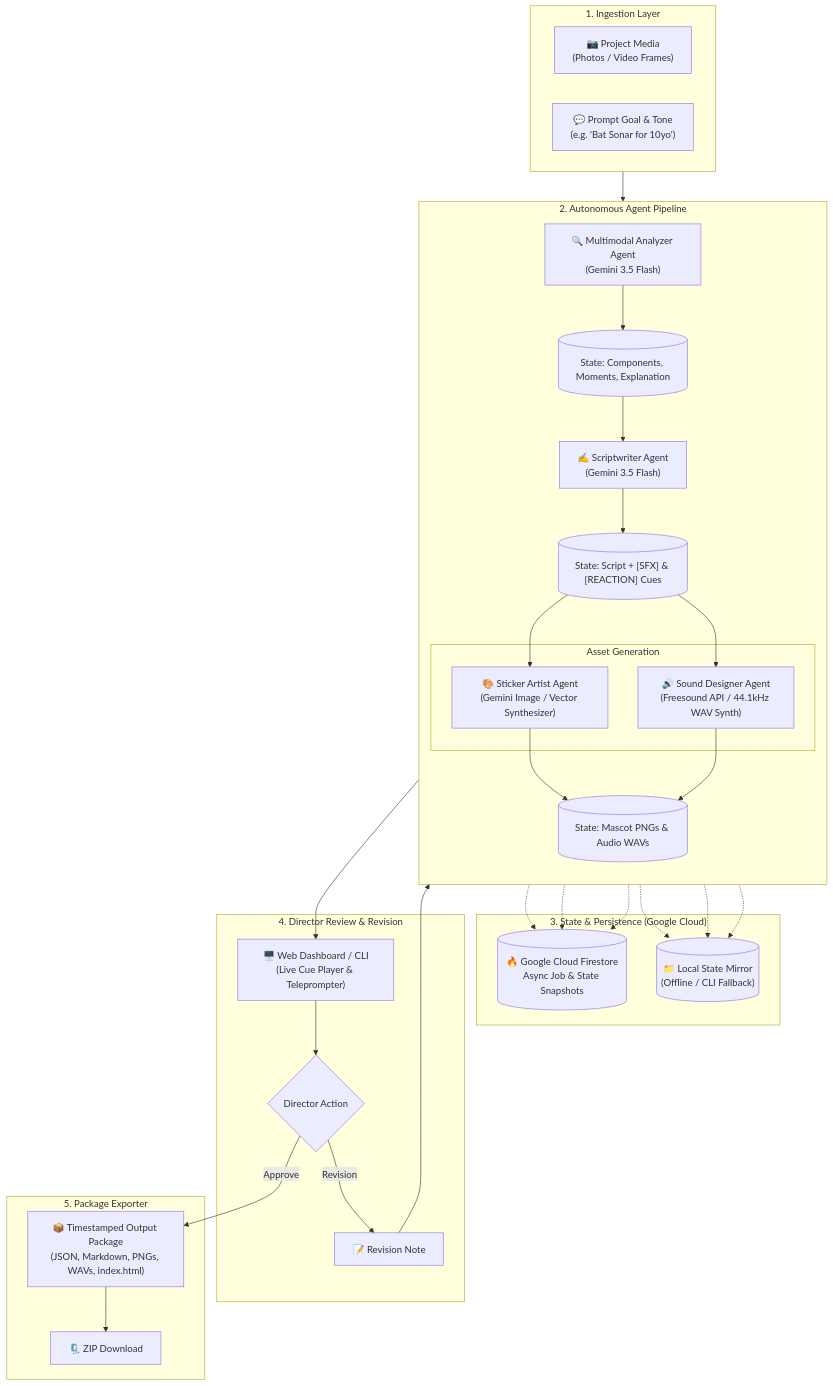
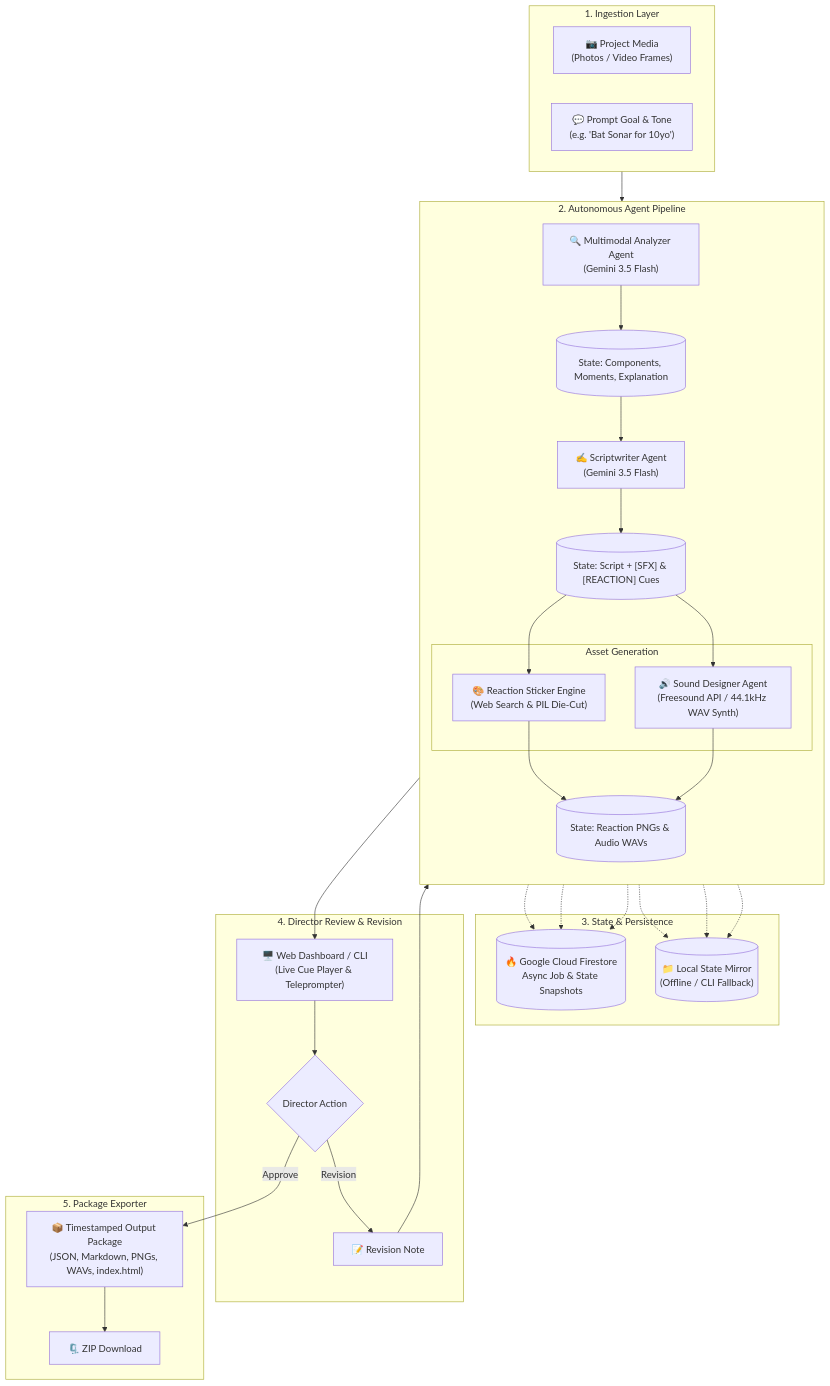
One commit to MaajidJan/agentic-maker-tutorial-studio changed the diagram in ARCHITECTURE.md. Above: the diagram before and after it, drawn with Mermaid. The commit also changed other lines of this file and 18 other files, not shown here.

````diff
--- a/ARCHITECTURE.md
+++ b/ARCHITECTURE.md
@@ -9,54 +9,54 @@
 ```mermaid
 flowchart TD
     subgraph Inputs ["1. Ingestion Layer"]
         Media["📷 Project Media<br/>(Photos / Video Frames)"]
         UserPrompt["💬 Prompt Goal & Tone<br/>(e.g. 'Bat Sonar for 10yo')"]
     end
 
     subgraph AgentPipeline ["2. Autonomous Agent Pipeline"]
         direction TB
         A1["🔍 Multimodal Analyzer Agent<br/>(Gemini 3.5 Flash)"]
         S1[("State: Components, Moments, Explanation")]
         A2["✍️ Scriptwriter Agent<br/>(Gemini 3.5 Flash)"]
         S2[("State: Script + [SFX] & [REACTION] Cues")]
         
         subgraph ParallelGeneration ["Asset Generation"]
-            A3["🎨 Sticker Artist Agent<br/>(Gemini Image / Vector Synthesizer)"]
+            A3["🎨 Reaction Sticker Engine<br/>(Web Search & PIL Die-Cut)"]
             A4["🔊 Sound Designer Agent<br/>(Freesound API / 44.1kHz WAV Synth)"]
         end
         
-        S3[("State: Mascot PNGs & Audio WAVs")]
+        S3[("State: Reaction PNGs & Audio WAVs")]
     end
 
-    subgraph MemoryLayer ["3. State & Persistence (Google Cloud)"]
+    subgraph MemoryLayer ["3. State & Persistence"]
         Firestore[("🔥 Google Cloud Firestore<br/>Async Job & State Snapshots")]
         LocalMirror[("📁 Local State Mirror<br/>(Offline / CLI Fallback)")]
     end
 
     subgraph ReviewLoop ["4. Director Review & Revision"]
         UI["🖥️ Web Dashboard / CLI<br/>(Live Cue Player & Teleprompter)"]
         Approval{"Director Action"}
         RevisionNote["📝 Revision Note"]
     end
 
     subgraph ExportLayer ["5. Package Exporter"]
         Bundle["📦 Timestamped Output Package<br/>(JSON, Markdown, PNGs, WAVs, index.html)"]
         Zip["🗜️ ZIP Download"]
     end
 
     Inputs --> A1
     A1 --> S1
     S1 --> A2
     A2 --> S2
     S2 --> A3 & A4
     A3 & A4 --> S3
     
     S1 -.-> Firestore & LocalMirror
     S2 -.-> Firestore & LocalMirror
     S3 -.-> Firestore & LocalMirror
     
     S3 --> UI
     UI --> Approval
     Approval -- "Revision" --> RevisionNote --> A2
     Approval -- "Approve" --> Bundle --> Zip
 ```
````
